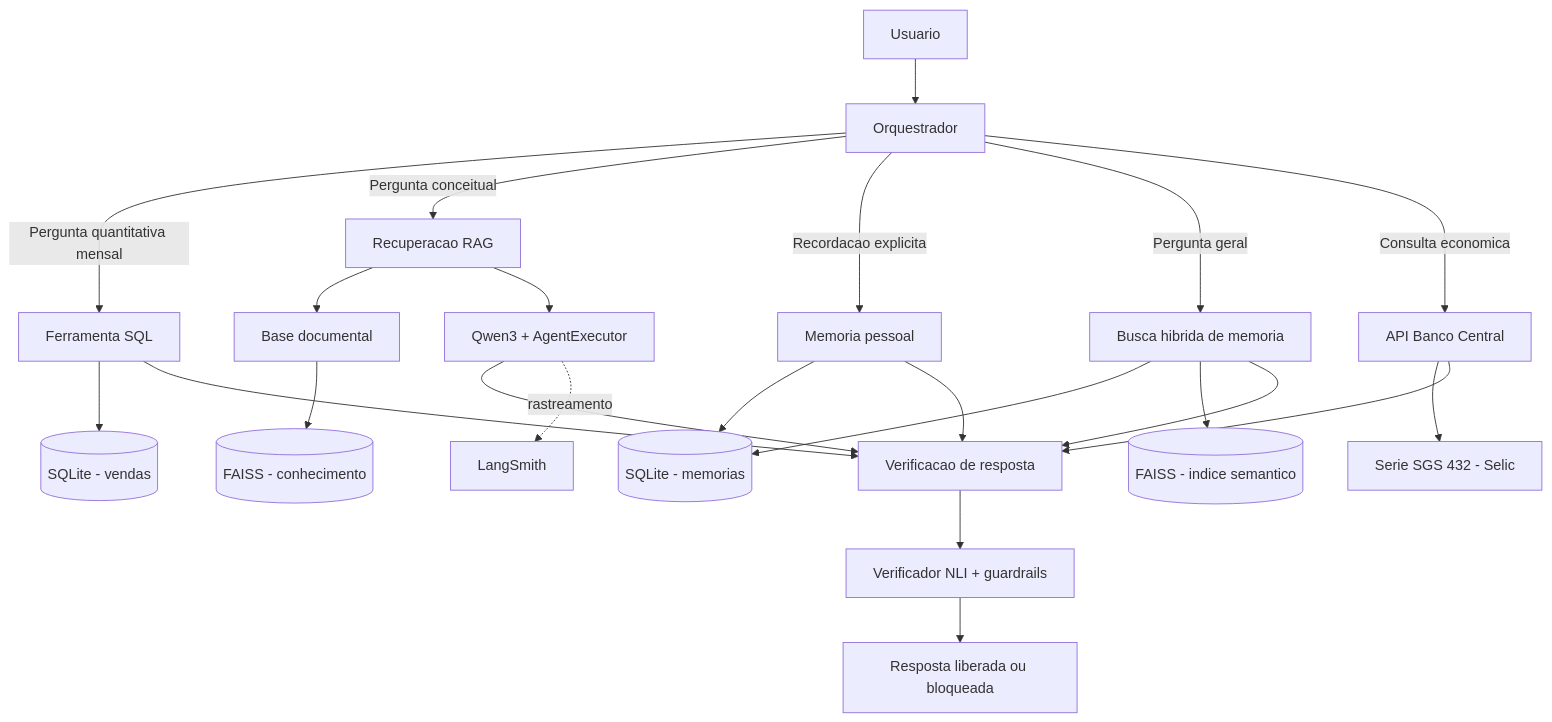
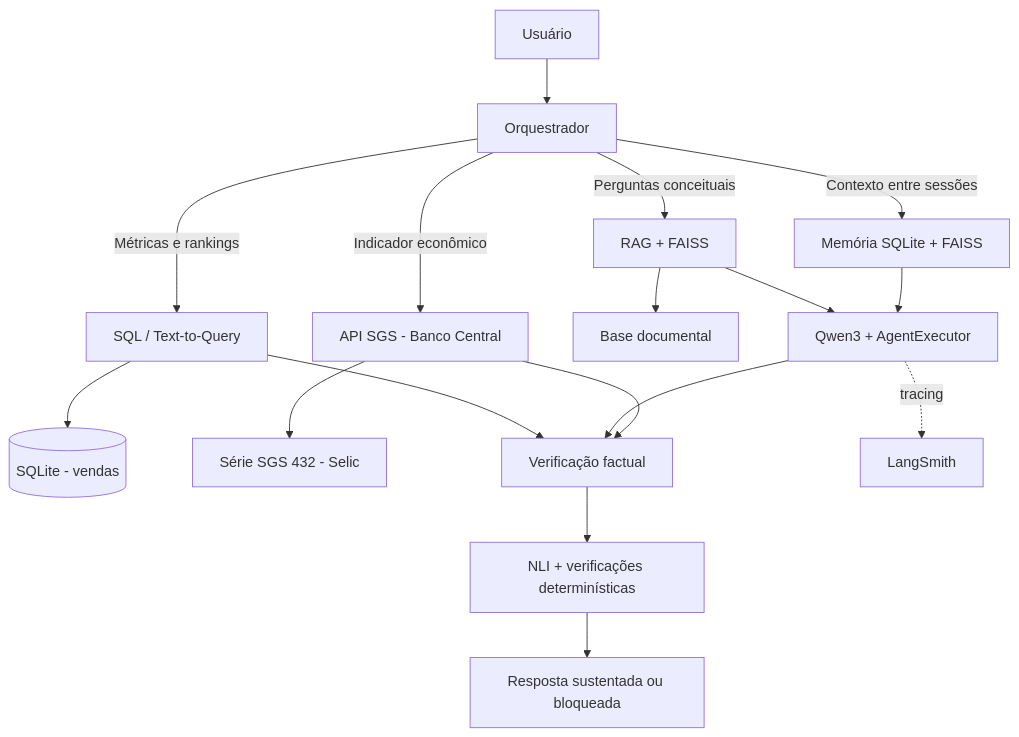
Before and after one commit to vitorturcisn/business-intelligence-agent: the diagram in README.md, drawn with Mermaid. The commit also changed other lines of this file and 18 other files, not shown here.

````diff
--- a/README.md
+++ b/README.md
@@ -13,27 +11,19 @@
 ```mermaid
 flowchart TD
-    U[Usuario] --> O[Orquestrador]
-    O -->|Pergunta quantitativa mensal| SQL[Ferramenta SQL]
-    O -->|Pergunta conceitual| RAG[Recuperacao RAG]
-    O -->|Recordacao explicita| PM[Memoria pessoal]
-    O -->|Pergunta geral| HM[Busca hibrida de memoria]
-    O -->|Consulta economica| BCB[API Banco Central]
-
+    U[Usuário] --> O[Orquestrador]
+    O -->|Métricas e rankings| SQL[SQL / Text-to-Query]
+    O -->|Perguntas conceituais| RAG[RAG + FAISS]
+    O -->|Indicador econômico| BCB[API SGS - Banco Central]
+    O -->|Contexto entre sessões| MEM[Memória SQLite + FAISS]
     SQL --> DB[(SQLite - vendas)]
     RAG --> KB[Base documental]
-    KB --> FAISS[(FAISS - conhecimento)]
+    BCB --> SGS[Série SGS 432 - Selic]
+    SQL --> V[Verificação factual]
     RAG --> Q[Qwen3 + AgentExecutor]
-    HM --> MDB[(SQLite - memorias)]
-    HM --> VDB[(FAISS - indice semantico)]
-    PM --> MDB
-    BCB --> SGS[Serie SGS 432 - Selic]
-
-    Q --> V[Verificacao de resposta]
-    SQL --> V
-    PM --> V
-    HM --> V
+    Q --> V
+    MEM --> Q
     BCB --> V
-    V --> NLI[Verificador NLI + guardrails]
-    NLI --> RESP[Resposta liberada ou bloqueada]
-    Q -. rastreamento .-> LS[LangSmith]
+    V --> NLI[NLI + verificações determinísticas]
+    NLI --> RESP[Resposta sustentada ou bloqueada]
+    Q -. tracing .-> LS[LangSmith]
 ```
````
